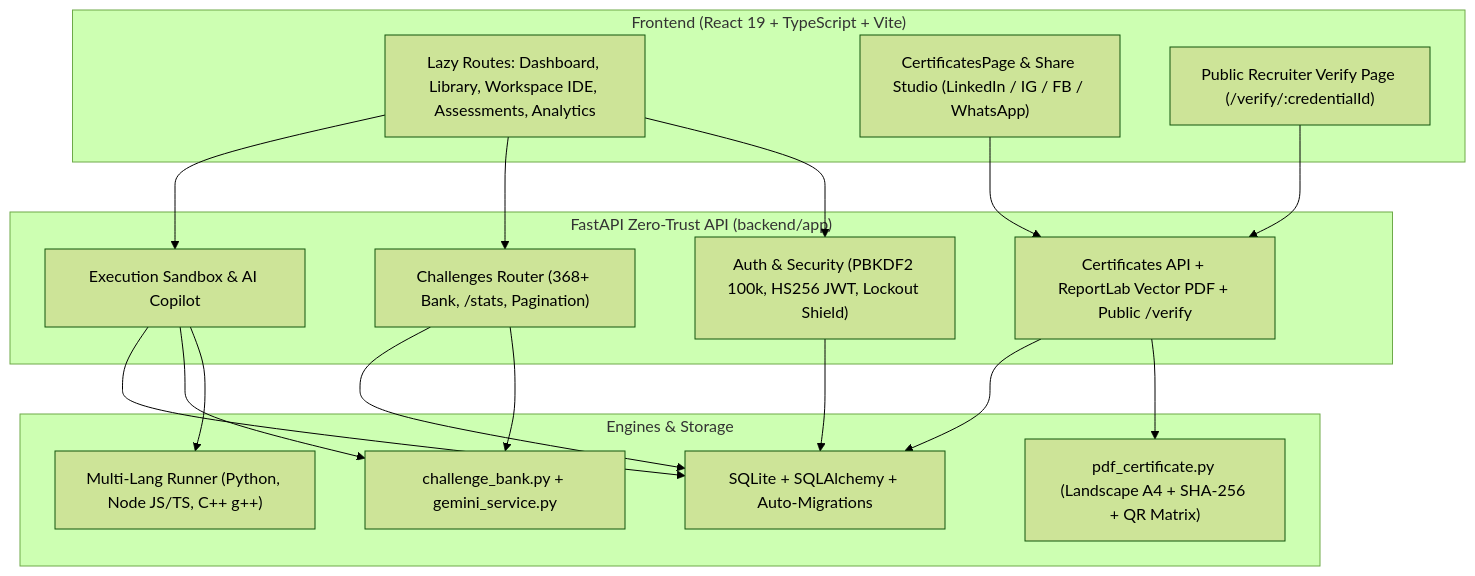
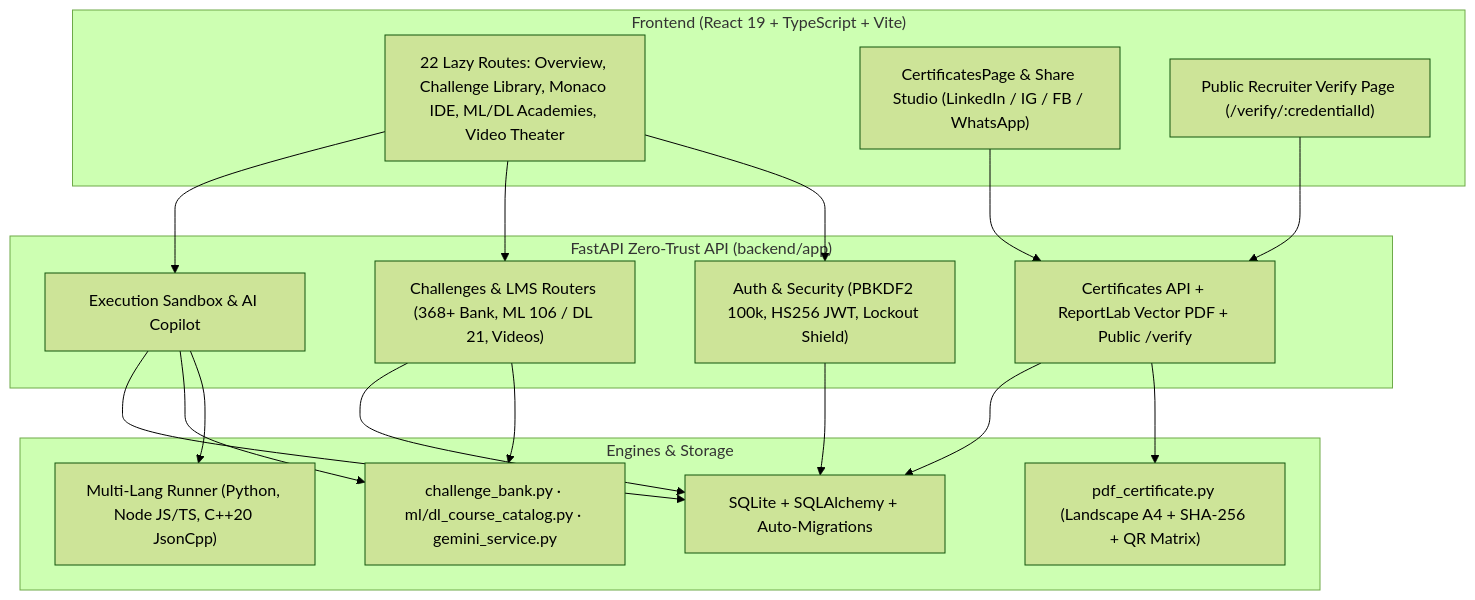
The first of 3 diagrams in README.md (Ranjeet7680/AI-Powered-Coding-Challenge-Developer-Assessment-Platform), drawn with Mermaid (forest theme) before and after one commit. The commit also changed other lines of this file and 8 other files, not shown here.

Commit message:
docs(readme,wiki): update documentation, SVG headers, and architecture wiki

````diff
--- a/README.md
+++ b/README.md
@@ -47,31 +49,31 @@
 ```mermaid
 flowchart TB
   subgraph Client["Frontend (React 19 + TypeScript + Vite)"]
-    UI["Lazy Routes: Dashboard, Library, Workspace IDE, Assessments, Analytics"]
+    UI["22 Lazy Routes: Overview, Challenge Library, Monaco IDE, ML/DL Academies, Video Theater"]
     CertUI["CertificatesPage & Share Studio (LinkedIn / IG / FB / WhatsApp)"]
     VerifyUI["Public Recruiter Verify Page (/verify/:credentialId)"]
   end
 
   subgraph Backend["FastAPI Zero-Trust API (backend/app)"]
     Auth["Auth & Security (PBKDF2 100k, HS256 JWT, Lockout Shield)"]
-    BankAPI["Challenges Router (368+ Bank, /stats, Pagination)"]
+    BankAPI["Challenges & LMS Routers (368+ Bank, ML 106 / DL 21, Videos)"]
     ExecAPI["Execution Sandbox & AI Copilot"]
     CertAPI["Certificates API + ReportLab Vector PDF + Public /verify"]
   end
 
   subgraph Core["Engines & Storage"]
-    Runner["Multi-Lang Runner (Python, Node JS/TS, C++ g++)"]
-    Bank["challenge_bank.py + gemini_service.py"]
+    Runner["Multi-Lang Runner (Python, Node JS/TS, C++20 JsonCpp)"]
+    Bank["challenge_bank.py · ml/dl_course_catalog.py · gemini_service.py"]
     PDFGen["pdf_certificate.py (Landscape A4 + SHA-256 + QR Matrix)"]
     SQLite["SQLite + SQLAlchemy + Auto-Migrations"]
   end
 
   UI --> Auth & BankAPI & ExecAPI
   CertUI --> CertAPI
   VerifyUI --> CertAPI
 
   Auth --> SQLite
   BankAPI --> Bank & SQLite
   ExecAPI --> Runner & Bank & SQLite
   CertAPI --> PDFGen & SQLite
 ```
````
